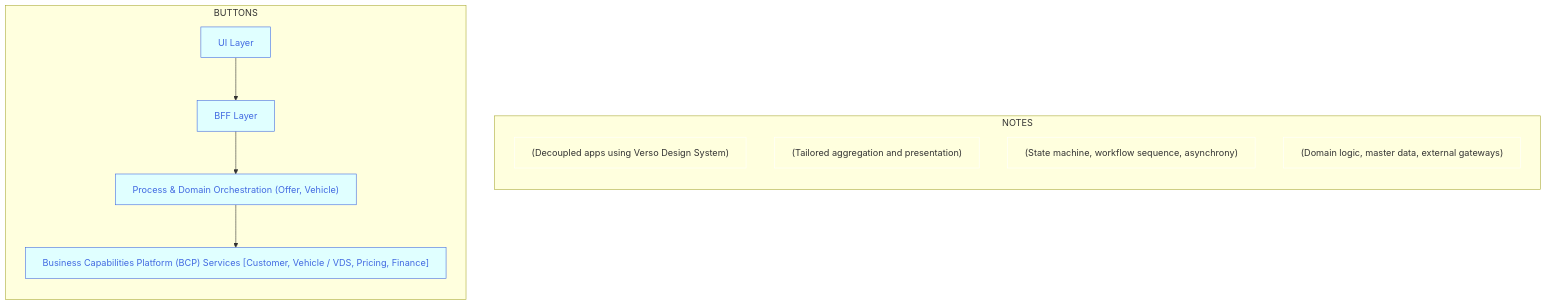
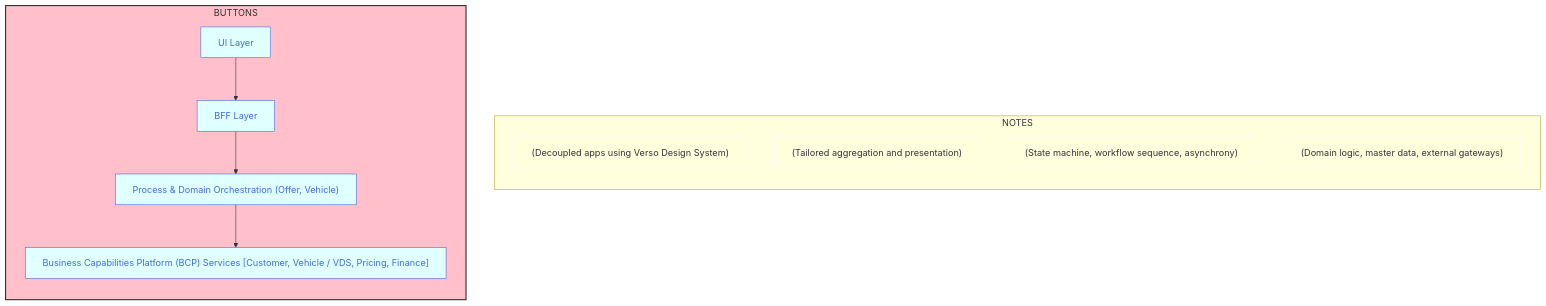
The diagram in buttons_mermaid_v3.md (joe-dorward/samples), drawn with Mermaid before and after one commit.

````diff
--- a/buttons_mermaid_v3.md
+++ b/buttons_mermaid_v3.md
@@ -3,49 +3,50 @@
 ```mermaid
   %%{
     init: {"flowchart": { "markdownAutoWrap":"false", "textWrap":"false", "wrappingWidth": "100%" }
     }
   }%%
   flowchart LR
 
   %% define styles
-  classDef Group fill:pink, text-align:left;
+  %%classDef Group fill:pink, text-align:left;
 
   classDef Button fill:lightcyan, stroke:royalblue, color:royalblue, text-align:left;
   classDef Note fill:transparent, stroke:white, text-align:left;
   %% ---------- ---------- ---------- ---------- ---------- ---------- ---------- ---------- ---------- ----------
   subgraph BUTTONS
     direction TD
 
     BUTTON_01["UI Layer"]:::Button
     click BUTTON_01 "https://en.wikipedia.org/wiki/Main_Page" _blank
 
     BUTTON_02["BFF Layer"]:::Button
     click BUTTON_02 "https://en.wikipedia.org/wiki/Main_Page" _blank
 
     BUTTON_03["Process & Domain Orchestration (Offer, Vehicle)"]:::Button
     click BUTTON_03 "https://en.wikipedia.org/wiki/Main_Page" _blank
 
     BUTTON_04["Business Capabilities Platform (BCP) Services [Customer, Vehicle / VDS, Pricing, Finance]"]:::Button
     click BUTTON_04 "https://en.wikipedia.org/wiki/Main_Page" _blank
   end
-  class BUTTONS Group
+  %%class BUTTONS Group
+  style BUTTONS fill:pink,stroke:#333,stroke-width:2px
   %% ---------- ---------- ---------- ---------- ---------- ---------- ---------- ---------- ---------- ----------
   subgraph NOTES
     direction TD
     BUTTON_01_NOTE["(Decoupled apps using Verso Design System)"]:::Note
     BUTTON_02_NOTE["(Tailored aggregation and presentation)"]:::Note
     BUTTON_03_NOTE["(State machine, workflow sequence, asynchrony)"]:::Note
     BUTTON_04_NOTE["(Domain logic, master data, external gateways)"]:::Note
   end
   %% ---------- ---------- ---------- ---------- ---------- ---------- ---------- ---------- ---------- ----------
   %% invisibly connect BUTTONS (sub-graph) to NOTES (sub-graph)
   BUTTONS~~~
   NOTES
   %% ---------- ---------- ---------- ---------- ---------- ---------- ---------- ---------- ---------- ----------
   %% connect buttons
   BUTTON_01-->
   BUTTON_02-->
   BUTTON_03-->
   BUTTON_04
   %% ---------- ---------- ---------- ---------- ---------- ---------- ---------- ---------- ---------- ----------
 ```
````
